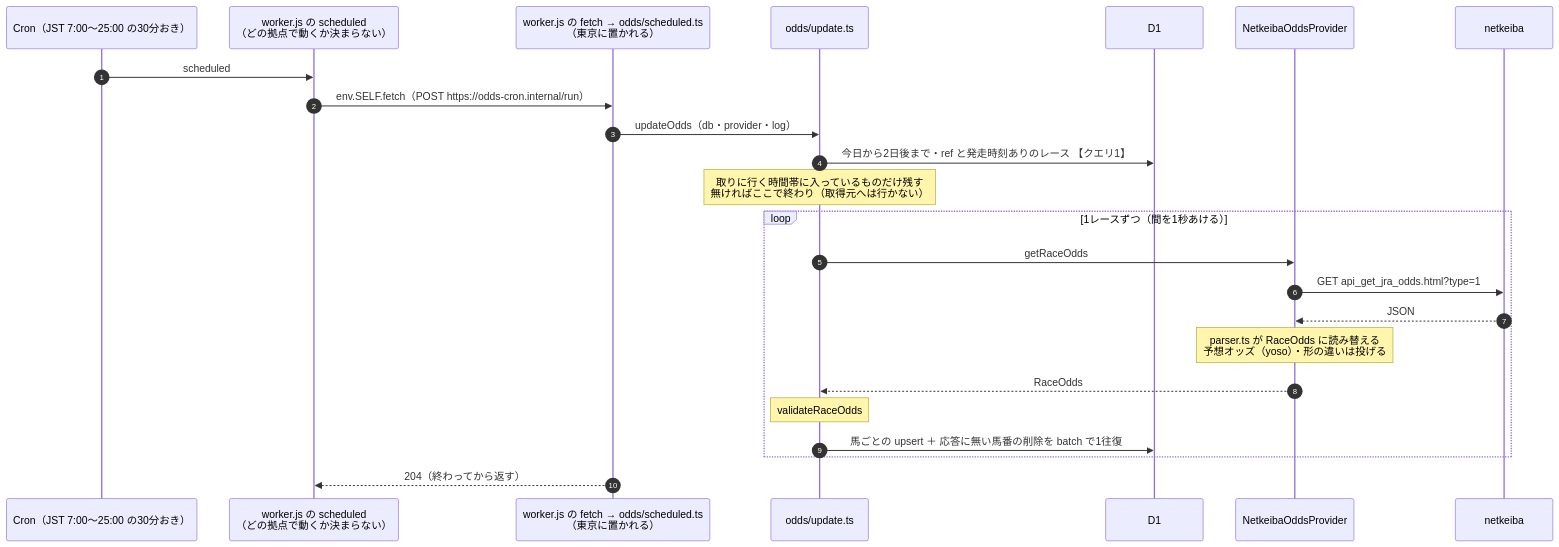
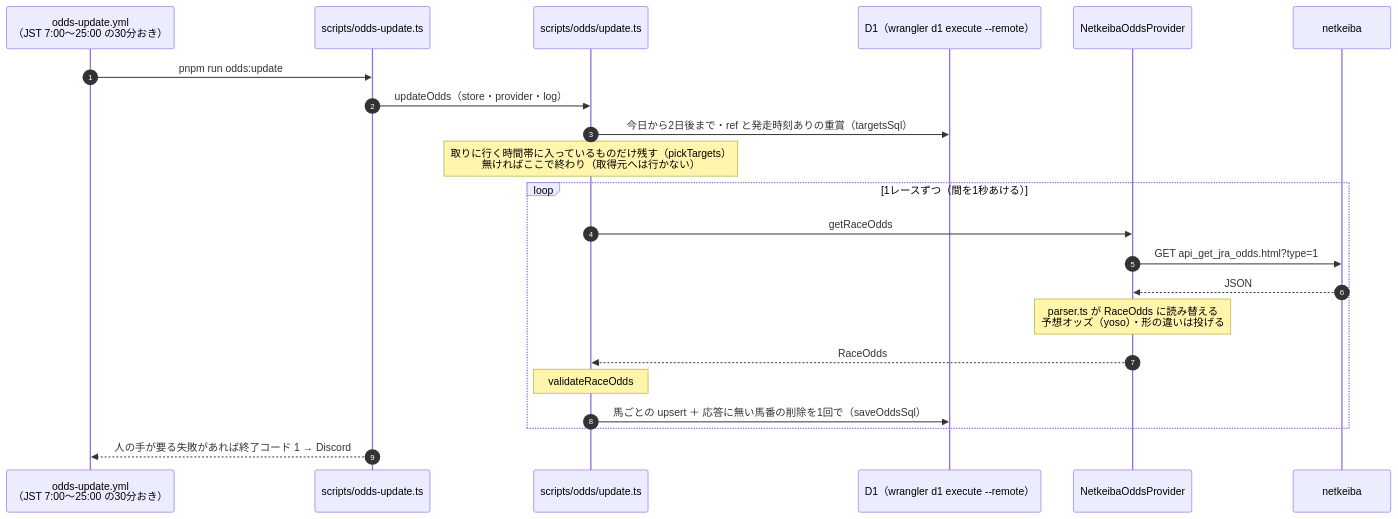
One commit to Atoyr/keiba-note changed the seventh of 11 diagrams in docs/architecture.md. Above: the diagram before and after it, drawn with Mermaid. The commit also changed other lines of this file and 28 other files, not shown here.

Commit message:
feat: オッズの取得を Worker の Cron から GitHub Actions に移す（作業中）

````diff
--- a/docs/architecture.md
+++ b/docs/architecture.md
@@ -488,27 +490,25 @@
 ```mermaid
 sequenceDiagram
     autonumber
-    participant C as Cron（JST 7:00〜25:00 の30分おき）
-    participant R as worker.js の scheduled<br/>（どの拠点で動くか決まらない）
-    participant S as worker.js の fetch → odds/scheduled.ts<br/>（東京に置かれる）
-    participant U as odds/update.ts
-    participant D as D1
+    participant A as odds-update.yml<br/>（JST 7:00〜25:00 の30分おき）
+    participant S as scripts/odds-update.ts
+    participant U as scripts/odds/update.ts
+    participant D as D1（wrangler d1 execute --remote）
     participant P as NetkeibaOddsProvider
     participant N as netkeiba
 
-    C->>R: scheduled
-    R->>S: env.SELF.fetch（POST https://odds-cron.internal/run）
-    S->>U: updateOdds（db・provider・log）
-    U->>D: 今日から2日後まで・ref と発走時刻ありのレース 【クエリ1】
-    Note over U: 取りに行く時間帯に入っているものだけ残す<br/>無ければここで終わり（取得元へは行かない）
+    A->>S: pnpm run odds:update
+    S->>U: updateOdds（store・provider・log）
+    U->>D: 今日から2日後まで・ref と発走時刻ありの重賞（targetsSql）
+    Note over U: 取りに行く時間帯に入っているものだけ残す（pickTargets）<br/>無ければここで終わり（取得元へは行かない）
     loop 1レースずつ（間を1秒あける）
         U->>P: getRaceOdds
         P->>N: GET api_get_jra_odds.html?type=1
         N-->>P: JSON
         Note over P: parser.ts が RaceOdds に読み替える<br/>予想オッズ（yoso）・形の違いは投げる
         P-->>U: RaceOdds
         Note over U: validateRaceOdds
-        U->>D: 馬ごとの upsert ＋ 応答に無い馬番の削除を batch で1往復
+        U->>D: 馬ごとの upsert ＋ 応答に無い馬番の削除を1回で（saveOddsSql）
     end
-    S-->>R: 204（終わってから返す）
+    S-->>A: 人の手が要る失敗があれば終了コード 1 → Discord
 ```
````
